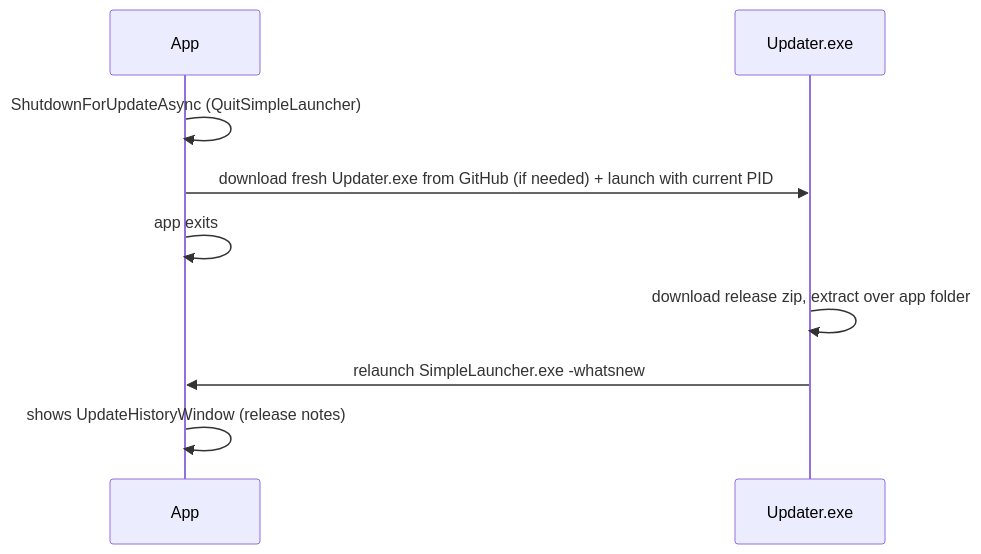
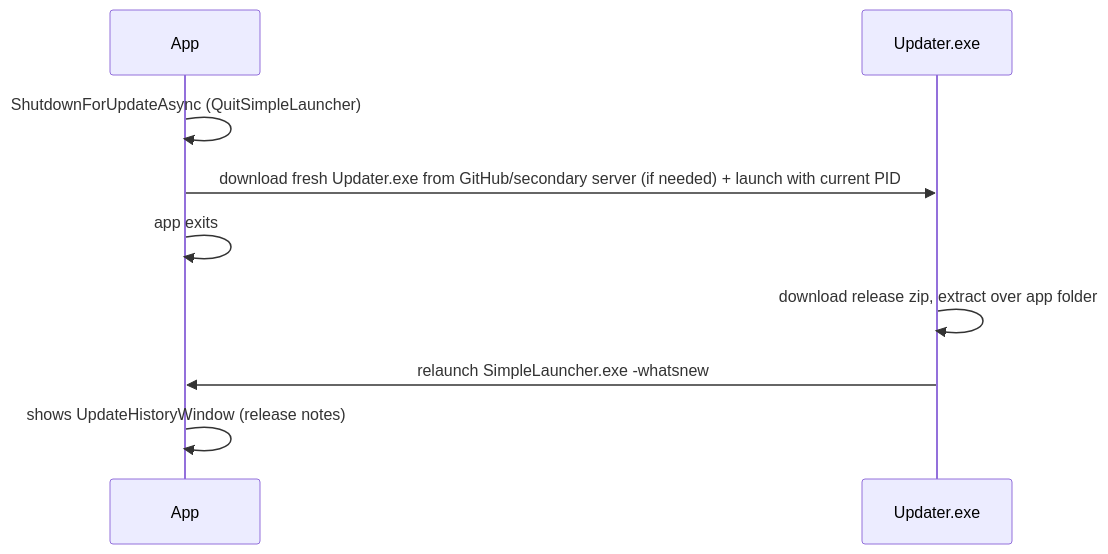
Before and after one commit to drpetersonfernandes/SimpleLauncher: the diagram in docs/16-updater.md, drawn with Mermaid. The commit also changed other lines of this file and 23 other files, not shown here.

````diff
--- a/docs/16-updater.md
+++ b/docs/16-updater.md
@@ -21,11 +21,11 @@
 ```mermaid
 sequenceDiagram
     participant A as App
     participant U as Updater.exe
     A->>A: ShutdownForUpdateAsync (QuitSimpleLauncher)
-    A->>U: download fresh Updater.exe from GitHub (if needed) + launch with current PID
+    A->>U: download fresh Updater.exe from GitHub/secondary server (if needed) + launch with current PID
     A->>A: app exits
     U->>U: download release zip, extract over app folder
     U->>A: relaunch SimpleLauncher.exe -whatsnew
     A->>A: shows UpdateHistoryWindow (release notes)
 ```
````
